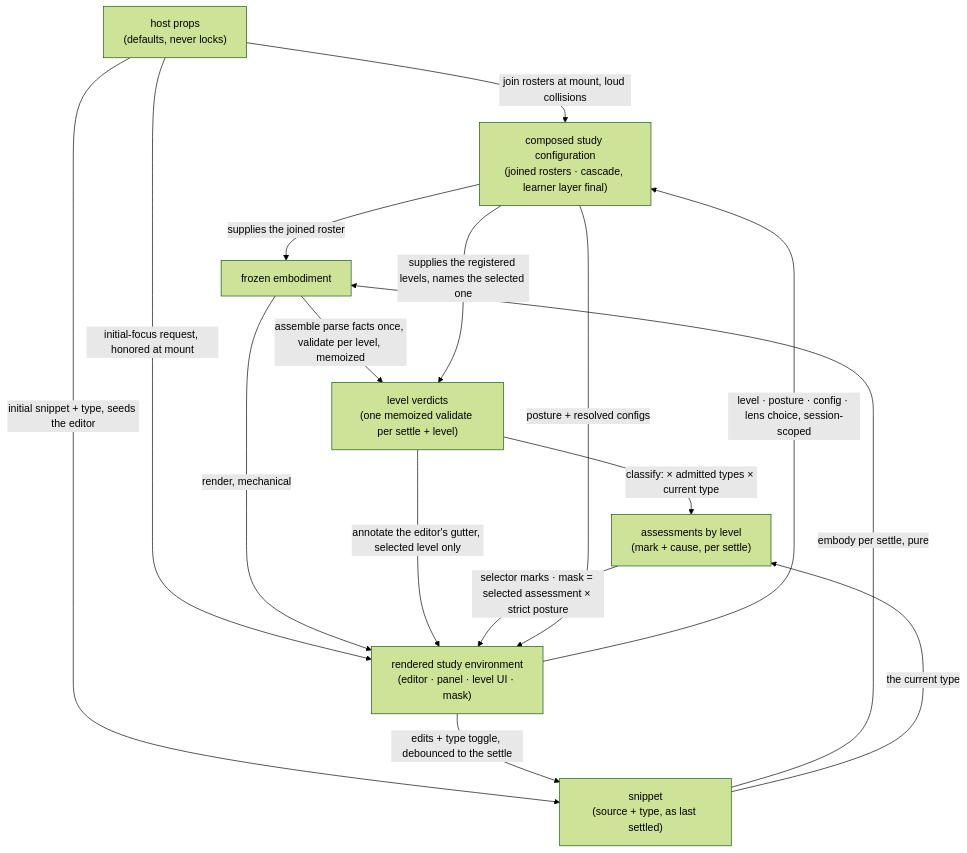
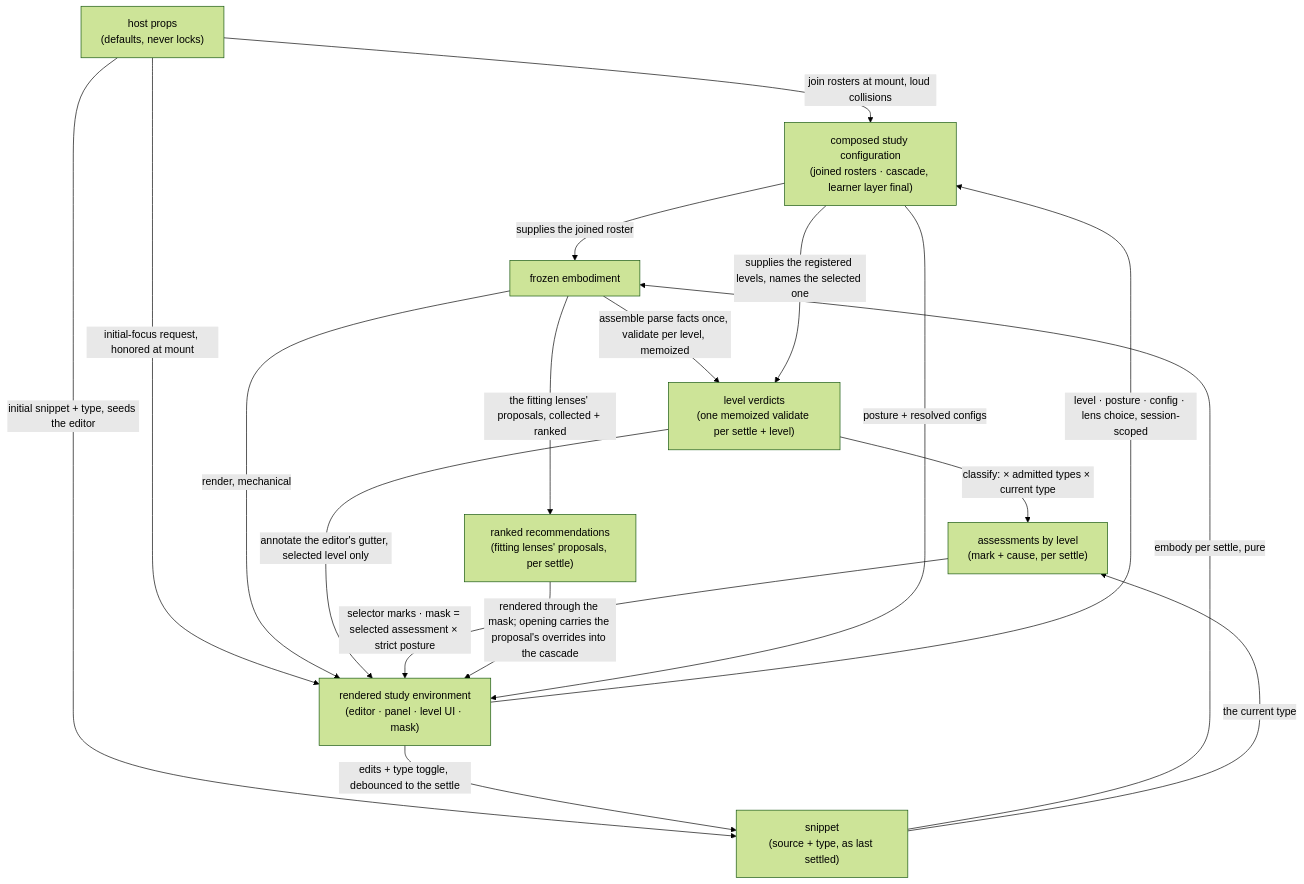
One commit to codeschoolinabox/curricula changed the first of 2 diagrams in src/lib/study-lenses/orchestrate/DOCS.md. Above: the diagram before and after it, drawn with Mermaid (forest theme). The commit also changed 4 other files, not shown here.

````diff
--- a/src/lib/study-lenses/orchestrate/DOCS.md
+++ b/src/lib/study-lenses/orchestrate/DOCS.md
@@ -55,25 +55,28 @@
 ```mermaid
 flowchart TD
     PROPS["host props<br/>(defaults, never locks)"]
     CFG["composed study configuration<br/>(joined rosters · cascade, learner layer final)"]
     SNP["snippet<br/>(source + type, as last settled)"]
     EMB["frozen embodiment"]
     VER["level verdicts<br/>(one memoized validate per settle + level)"]
     MARKS["assessments by level<br/>(mark + cause, per settle)"]
+    RECS["ranked recommendations<br/>(fitting lenses' proposals, per settle)"]
     SUR["rendered study environment<br/>(editor · panel · level UI · mask)"]
     PROPS -->|"join rosters at mount, loud collisions"| CFG
     PROPS -->|"initial snippet + type, seeds the editor"| SNP
     PROPS -->|"initial-focus request, honored at mount"| SUR
     SNP -->|"embody per settle, pure"| EMB
     CFG -->|"supplies the joined roster"| EMB
     EMB -->|"assemble parse facts once, validate per level, memoized"| VER
     CFG -->|"supplies the registered levels, names the selected one"| VER
     VER -->|"classify: × admitted types × current type"| MARKS
     SNP -->|"the current type"| MARKS
     EMB -->|"render, mechanical"| SUR
     VER -->|"annotate the editor's gutter, selected level only"| SUR
     MARKS -->|"selector marks · mask = selected assessment × strict posture"| SUR
+    EMB -->|"the fitting lenses' proposals, collected + ranked"| RECS
+    RECS -->|"rendered through the mask; opening carries the proposal's overrides into the cascade"| SUR
     CFG -->|"posture + resolved configs"| SUR
     SUR -->|"edits + type toggle, debounced to the settle"| SNP
     SUR -->|"level · posture · config · lens choice, session-scoped"| CFG
 ```
````
